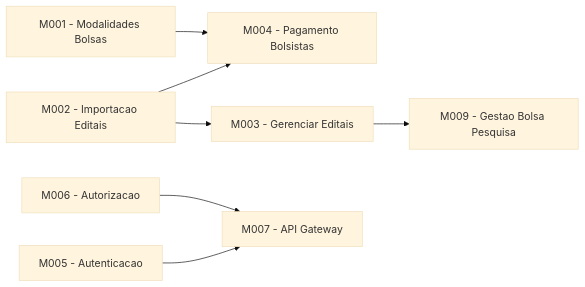
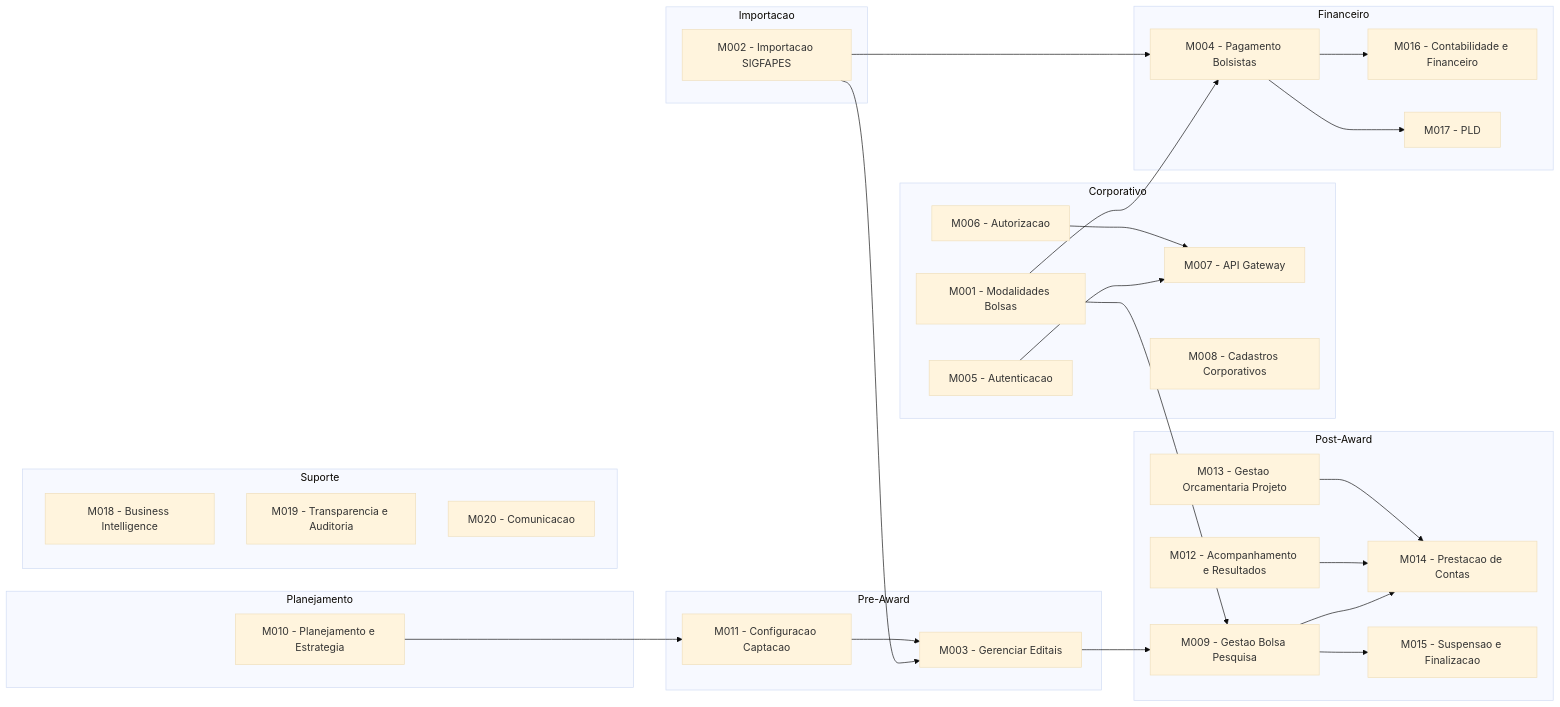
The second of 5 diagrams in docs/architecture/README.md (Czzped/conecta-fapes-teste), drawn with Mermaid (base theme) before and after one commit. The commit also changed other lines of this file and 84 other files, not shown here.

````diff
--- a/docs/architecture/README.md
+++ b/docs/architecture/README.md
@@ -63,9 +65,59 @@
 ```mermaid
 graph LR
-    M002[M002 - Importacao Editais] --> M004[M004 - Pagamento Bolsistas]
-    M002 --> M003[M003 - Gerenciar Editais]
-    M001[M001 - Modalidades Bolsas] --> M004
-    M005[M005 - Autenticacao] --> M007[M007 - API Gateway]
-    M006[M006 - Autorizacao] --> M007
-    M003 --> M009[M009 - Gestao Bolsa Pesquisa]
+    subgraph Corporativo
+        M001[M001 - Modalidades Bolsas]
+        M005[M005 - Autenticacao]
+        M006[M006 - Autorizacao]
+        M007[M007 - API Gateway]
+        M008[M008 - Cadastros Corporativos]
+    end
+
+    subgraph Planejamento
+        M010[M010 - Planejamento e Estrategia]
+    end
+
+    subgraph Pre-Award
+        M003[M003 - Gerenciar Editais]
+        M011[M011 - Configuracao Captacao]
+    end
+
+    subgraph Post-Award
+        M009[M009 - Gestao Bolsa Pesquisa]
+        M012[M012 - Acompanhamento e Resultados]
+        M013[M013 - Gestao Orcamentaria Projeto]
+        M014[M014 - Prestacao de Contas]
+        M015[M015 - Suspensao e Finalizacao]
+    end
+
+    subgraph Financeiro
+        M004[M004 - Pagamento Bolsistas]
+        M016[M016 - Contabilidade e Financeiro]
+        M017[M017 - PLD]
+    end
+
+    subgraph Suporte
+        M018[M018 - Business Intelligence]
+        M019[M019 - Transparencia e Auditoria]
+        M020[M020 - Comunicacao]
+    end
+
+    subgraph Importacao
+        M002[M002 - Importacao SIGFAPES]
+    end
+
+    M005 --> M007
+    M006 --> M007
+    M002 --> M003
+    M002 --> M004
+    M001 --> M004
+    M001 --> M009
+    M003 --> M009
+    M010 --> M011
+    M011 --> M003
+    M009 --> M014
+    M009 --> M015
+    M004 --> M016
+    M004 --> M017
+    M012 --> M014
+    M013 --> M014
 ```
````
